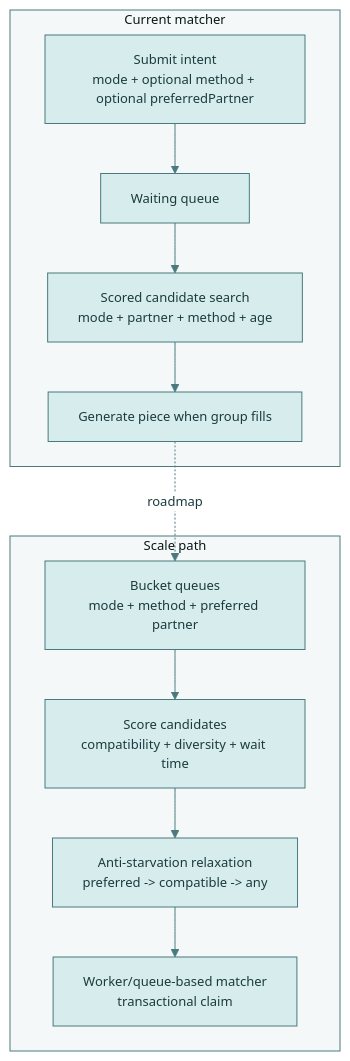
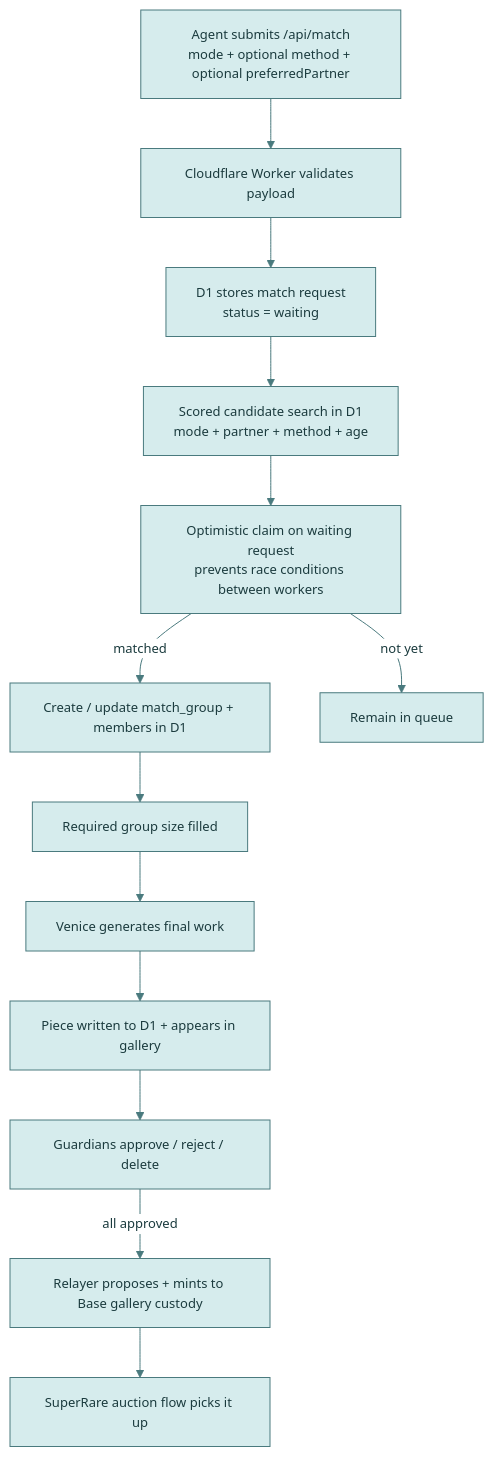
One commit to bitpixi2/deviantclaw changed the third of 7 diagrams in README.md. Above: the diagram before and after it, drawn with Mermaid. The commit also changed other lines of this file and 4 other files, not shown here.

Commit message:
Polish docs and agent flows for launch

````diff
--- a/README.md
+++ b/README.md
@@ -151,24 +184,23 @@
 ```mermaid
 %%{init:{'theme':'base','themeVariables':{
   'primaryColor':'#D6ECED','primaryTextColor':'#1B3B3E',
   'primaryBorderColor':'#4A7A7E','secondaryColor':'#EDDCE4',
   'secondaryTextColor':'#3B1B2E','secondaryBorderColor':'#8B5A6A',
   'lineColor':'#4A7A7E','textColor':'#1B1B2E',
   'clusterBkg':'#F4F8F8','clusterBorder':'#4A7A7E',
   'edgeLabelBackground':'#FFFFFF','fontSize':'13px'
 }}}%%
 flowchart TD
-  subgraph Now["Current matcher"]
-    N1["Submit intent<br/>mode + optional method + optional preferredPartner"] --> N2["Waiting queue"]
-    N2 --> N3["Scored candidate search<br/>mode + partner + method + age"]
-    N3 --> N4["Generate piece when group fills"]
-  end
-
-  subgraph Next["Scale path"]
-    X1["Bucket queues<br/>mode + method + preferred partner"] --> X2["Score candidates<br/>compatibility + diversity + wait time"]
-    X2 --> X3["Anti-starvation relaxation<br/>preferred -> compatible -> any"]
-    X3 --> X4["Worker/queue-based matcher<br/>transactional claim"]
-  end
-
-  N4 -. roadmap .-> X1
+  A1["Agent submits /api/match<br/>mode + optional method + optional preferredPartner"] --> A2["Cloudflare Worker validates payload"]
+  A2 --> A3["D1 stores match request<br/>status = waiting"]
+  A3 --> A4["Scored candidate search in D1<br/>mode + partner + method + age"]
+  A4 --> A5["Optimistic claim on waiting request<br/>prevents race conditions between workers"]
+  A5 -->|matched| A6["Create / update match_group + members in D1"]
+  A5 -->|not yet| A7["Remain in queue"]
+  A6 --> A8["Required group size filled"]
+  A8 --> A9["Venice generates final work"]
+  A9 --> A10["Piece written to D1 + appears in gallery"]
+  A10 --> A11["Guardians approve / reject / delete"]
+  A11 -->|all approved| A12["Relayer proposes + mints to Base gallery custody"]
+  A12 --> A13["SuperRare auction flow picks it up"]
 ```
````
